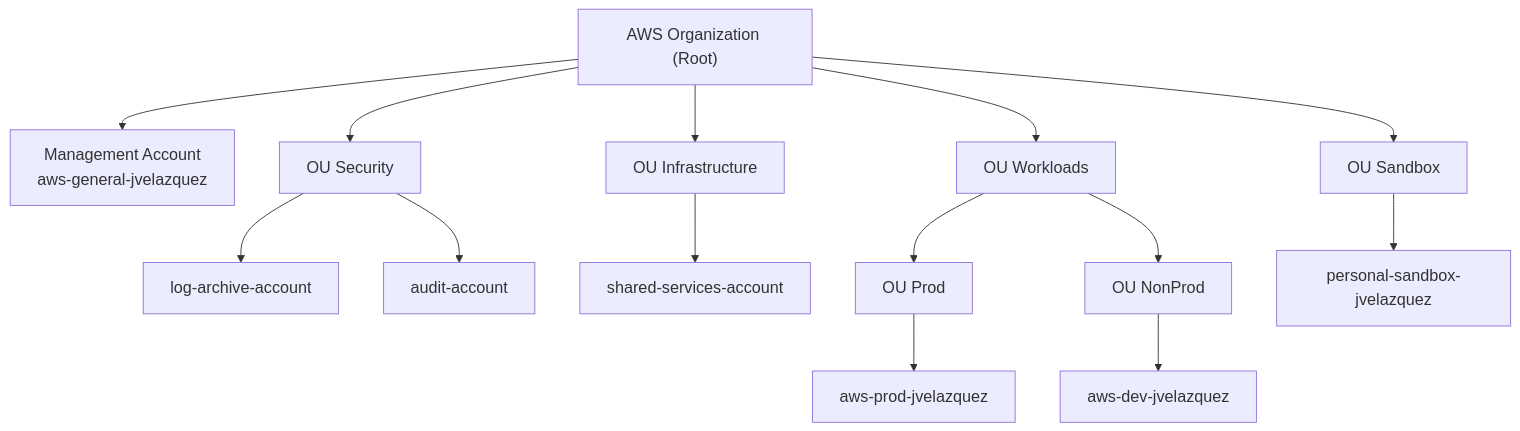
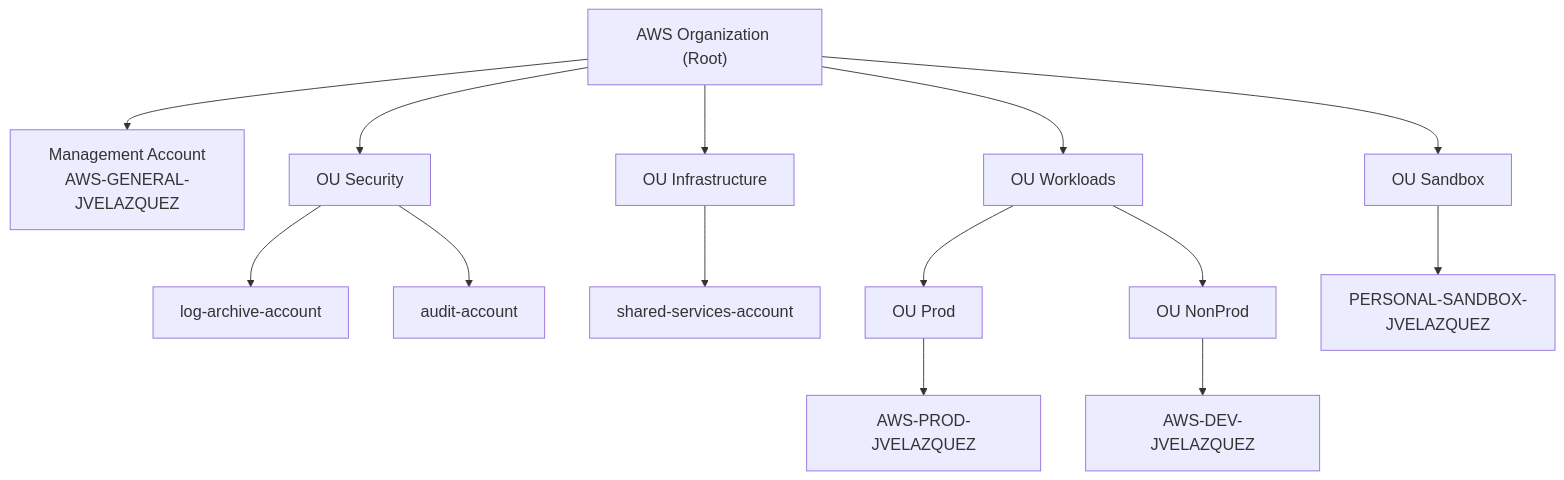
One commit to JoseVelazquez-Labs/aws-organization changed the diagram in docs/02-architecture.md. Above: the diagram before and after it, drawn with Mermaid. The commit also changed other lines of this file, not shown here.

````diff
--- a/docs/02-architecture.md
+++ b/docs/02-architecture.md
@@ -13,43 +17,42 @@
 ```mermaid
 %%{init: {'themeVariables': { 'fontSize': '18px' }, 'flowchart': { 'useMaxWidth': false }}}%%
 graph TD
     ROOT["AWS Organization (Root)"]
 
-    MGMT["Management Account<br/>aws-general-jvelazquez"]
+    MGMT["Management Account<br/>AWS-GENERAL-JVELAZQUEZ"]
 
     OU_SEC["OU Security"]
     ACC_LOG["log-archive-account"]
     ACC_AUDIT["audit-account"]
 
     OU_INF["OU Infrastructure"]
     ACC_SHARED["shared-services-account"]
 
     OU_WL["OU Workloads"]
     OU_PROD["OU Prod"]
     OU_NONPROD["OU NonProd"]
-    ACC_PROD["aws-prod-jvelazquez"]
-    ACC_DEV["aws-dev-jvelazquez"]
+    ACC_PROD["AWS-PROD-JVELAZQUEZ"]
+    ACC_DEV["AWS-DEV-JVELAZQUEZ"]
 
     OU_SB["OU Sandbox"]
-    ACC_SB["personal-sandbox-jvelazquez"]
+    ACC_SB["PERSONAL-SANDBOX-JVELAZQUEZ"]
 
     ROOT --> MGMT
     ROOT --> OU_SEC
     ROOT --> OU_INF
     ROOT --> OU_WL
     ROOT --> OU_SB
 
     OU_SEC --> ACC_LOG
     OU_SEC --> ACC_AUDIT
 
     OU_INF --> ACC_SHARED
 
     OU_WL --> OU_PROD
     OU_WL --> OU_NONPROD
 
     OU_PROD --> ACC_PROD
     OU_NONPROD --> ACC_DEV
 
     OU_SB --> ACC_SB
-
 ```
````
